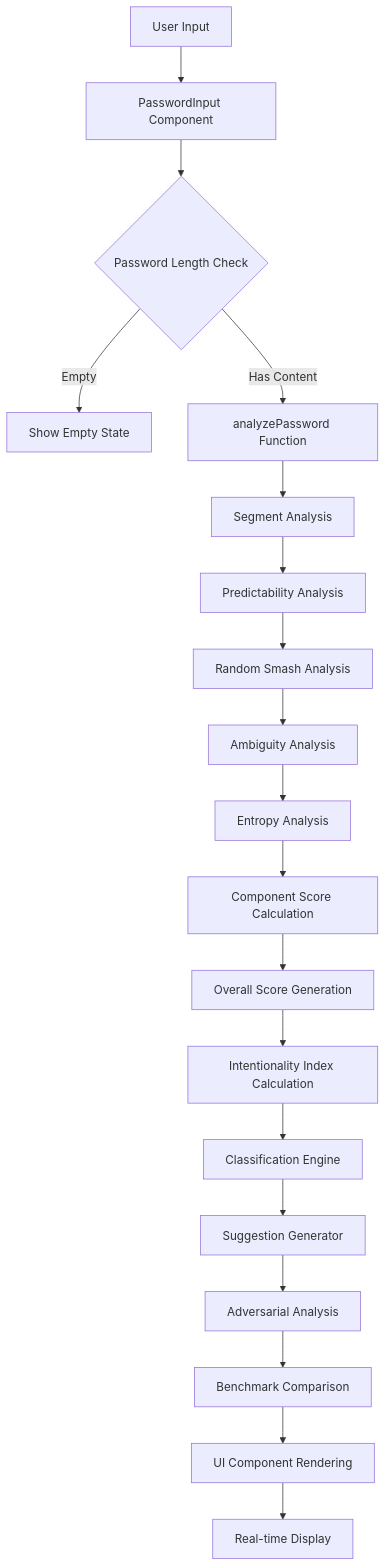
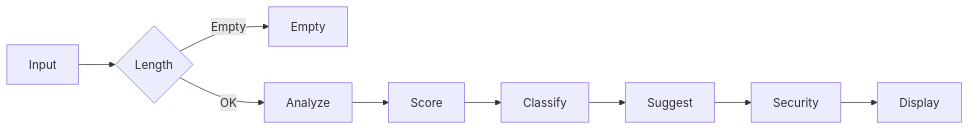
The first of 7 diagrams in README.md (ankush850/intent-pass-password-engine), drawn with Mermaid before and after one commit.

Commit message:
Refactor application flow diagram in README

````diff
--- a/README.md
+++ b/README.md
@@ -101,21 +101,11 @@
 ```mermaid
-graph TD
-    A[User Input] --> B[PasswordInput Component]
-    B --> C{Password Length Check}
-    C -->|Empty| D[Show Empty State]
-    C -->|Has Content| E[analyzePassword Function]
-    E --> F[Segment Analysis]
-    F --> G[Predictability Analysis]
-    G --> H[Random Smash Analysis]
-    H --> I[Ambiguity Analysis]
-    I --> J[Entropy Analysis]
-    J --> K[Component Score Calculation]
-    K --> L[Overall Score Generation]
-    L --> M[Intentionality Index Calculation]
-    M --> N[Classification Engine]
-    N --> O[Suggestion Generator]
-    O --> P[Adversarial Analysis]
-    P --> Q[Benchmark Comparison]
-    Q --> R[UI Component Rendering]
-    R --> S[Real-time Display]
+graph LR
+    A[Input] --> B{Length}
+    B -->|Empty| C[Empty]
+    B -->|OK| D[Analyze]
+    D --> E[Score]
+    E --> F[Classify]
+    F --> G[Suggest]
+    G --> H[Security]
+    H --> I[Display]
 ```
````
